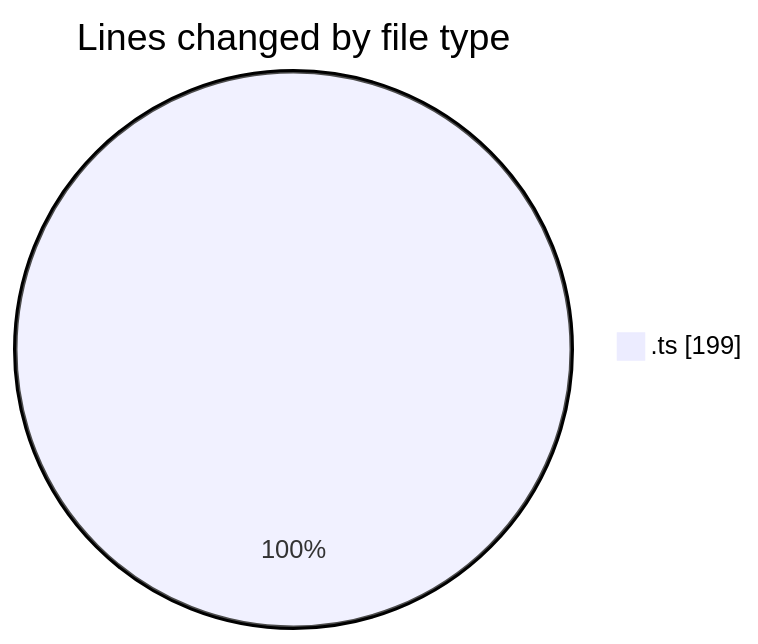
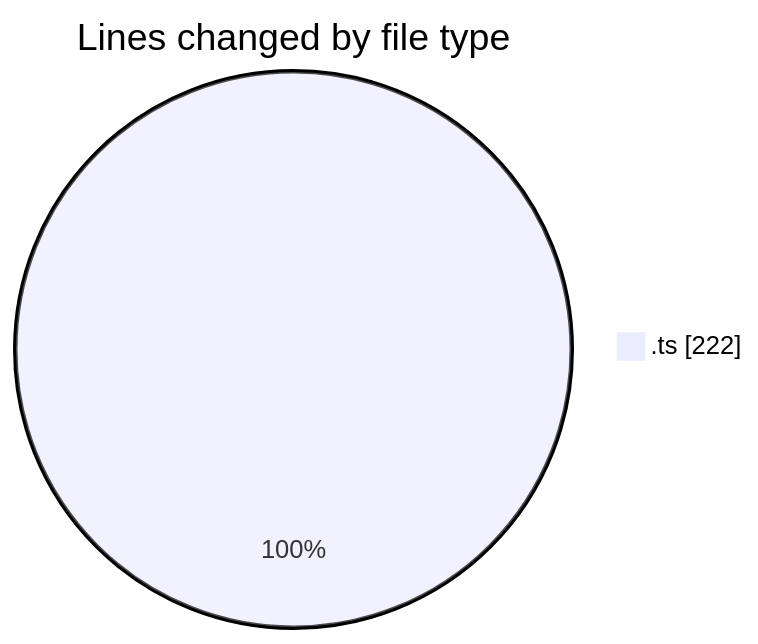
Before and after one commit to igalym/code-tracking: the first of 2 diagrams in 2026-03-31/cinema/README.md, drawn with Mermaid. The commit also changed other lines of this file and 1 other file, not shown here.

````diff
--- a/2026-03-31/cinema/README.md
+++ b/2026-03-31/cinema/README.md
@@ -29,5 +30,5 @@
 ```mermaid
 pie showData
 title Lines changed by file type
-".ts" : 199
+".ts" : 222
 ```
````
